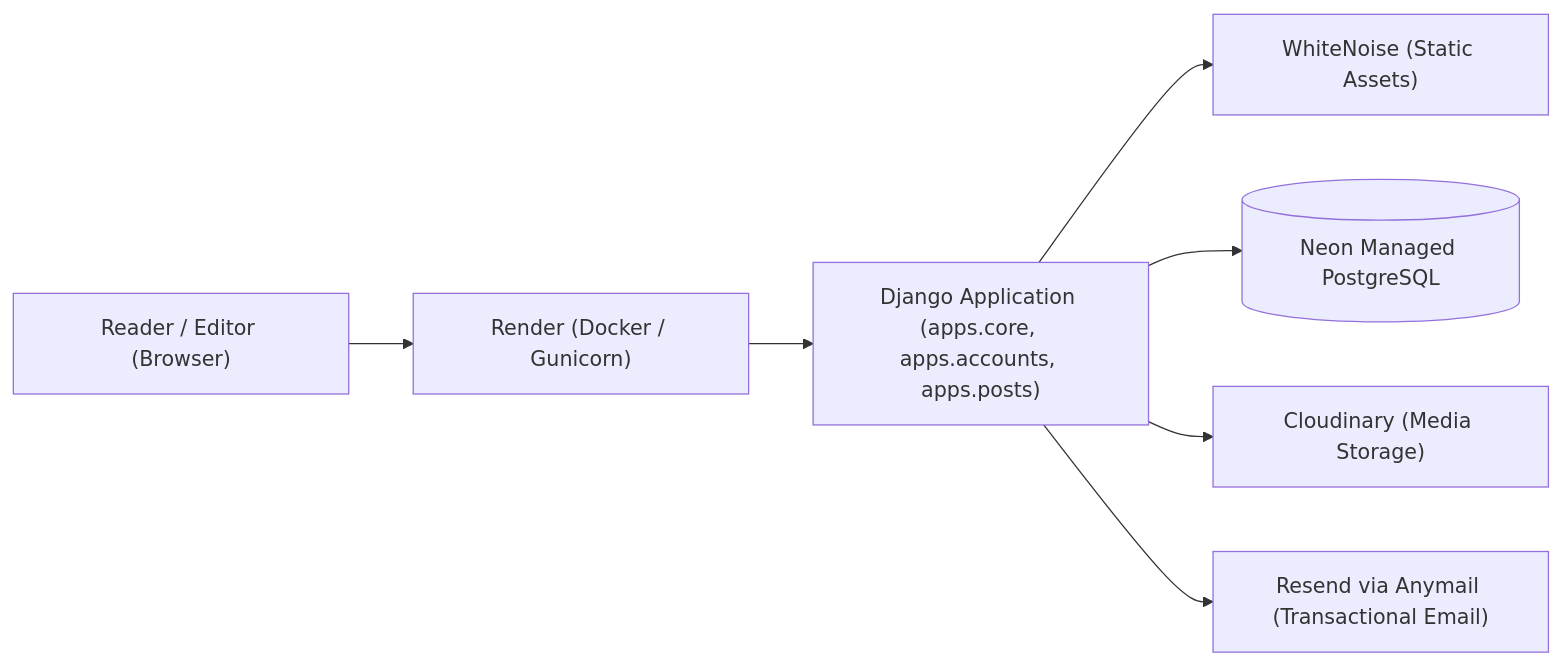
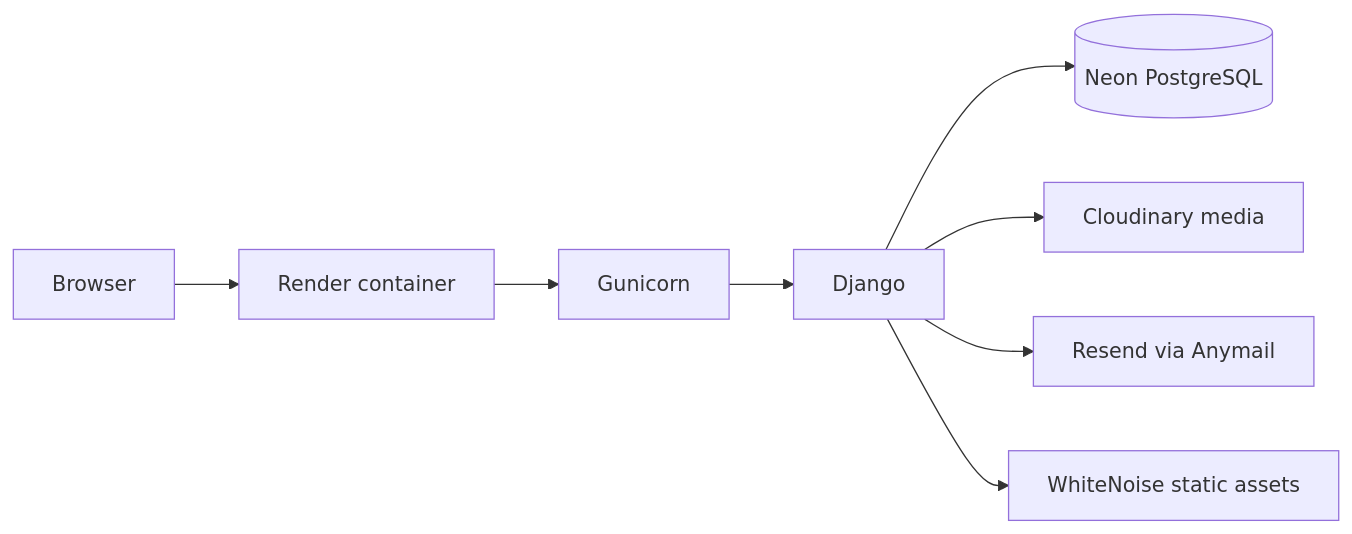
One commit to acevedo-daniel/caffeine-lane changed the diagram in docs/ARCHITECTURE.md. Above: the diagram before and after it, drawn with Mermaid. The commit also changed other lines of this file and 5703 other files, not shown here.

````diff
--- a/docs/ARCHITECTURE.md
+++ b/docs/ARCHITECTURE.md
@@ -9,9 +13,10 @@
 ```mermaid
 flowchart LR
-    U["Reader / Editor (Browser)"] --> R["Render (Docker / Gunicorn)"]
-    R --> D["Django Application (apps.core, apps.accounts, apps.posts)"]
-    D --> W["WhiteNoise (Static Assets)"]
-    D --> N[("Neon Managed PostgreSQL")]
-    D --> C["Cloudinary (Media Storage)"]
-    D --> E["Resend via Anymail (Transactional Email)"]
+    B[Browser] --> R[Render container]
+    R --> G[Gunicorn]
+    G --> D[Django]
+    D --> N[(Neon PostgreSQL)]
+    D --> C[Cloudinary media]
+    D --> E[Resend via Anymail]
+    D --> W[WhiteNoise static assets]
 ```
````
